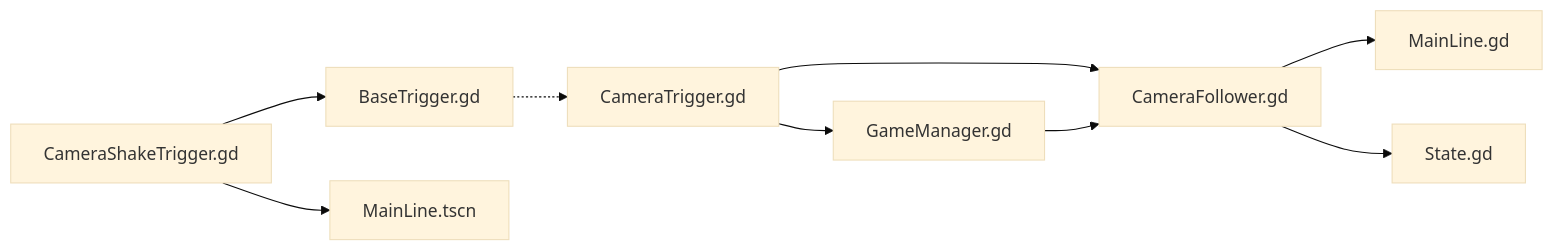
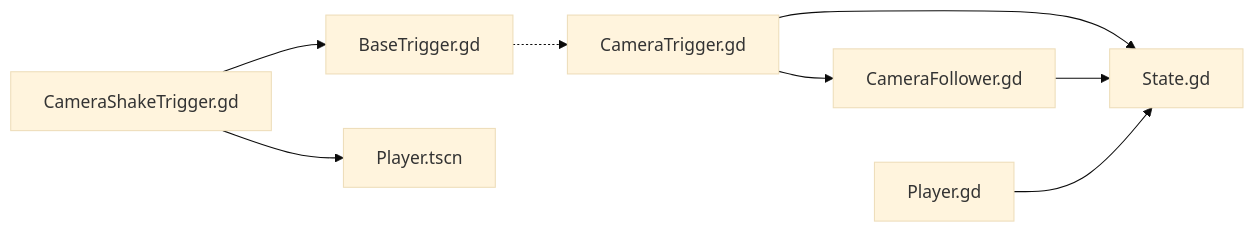
The seventh of 7 diagrams in .qoder/repowiki/zh/content/游戏系统/触发器系统/相机触发器.md (godotline/godot-line), drawn with Mermaid (base theme) before and after one commit. The commit also changed other lines of this file and 10 other files, not shown here.

````diff
--- a/.qoder/repowiki/zh/content/游戏系统/触发器系统/相机触发器.md
+++ b/.qoder/repowiki/zh/content/游戏系统/触发器系统/相机触发器.md
@@ -392,11 +379,10 @@
 ```mermaid
 graph LR
-CT["CameraTrigger.gd"] --> GM["GameManager.gd"]
+CT["CameraTrigger.gd"] --> ST["State.gd"]
 CT --> CF["CameraFollower.gd"]
-CF --> ML["MainLine.gd"]
-CF --> ST["State.gd"]
-GM --> CF
+CF --> ST
+PL["Player.gd"] --> ST
 CST["CameraShakeTrigger.gd"] --> BT["BaseTrigger.gd"]
-CST --> SCN["MainLine.tscn"]
+CST --> SCN["Player.tscn"]
 BT -.-> CT
 ```
````
